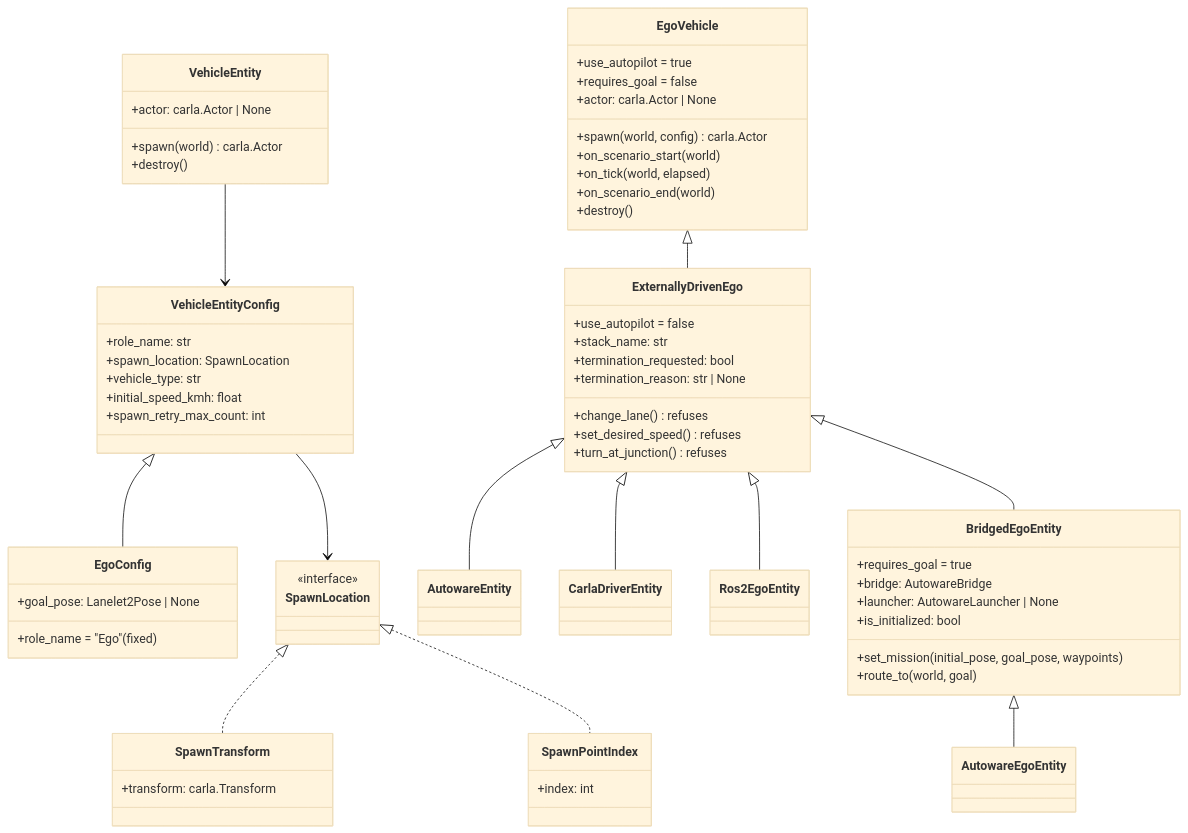
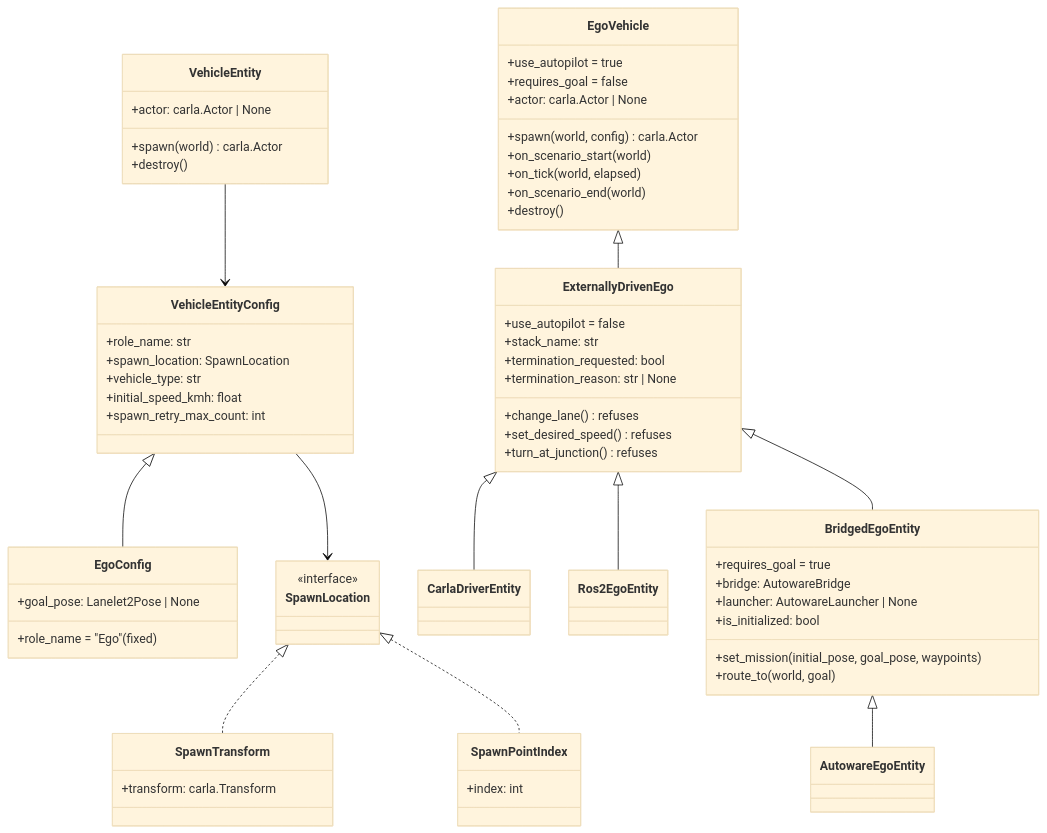
Diagram 12 of 14 in autoware_carla_scenario/docs/architecture.md (autowarefoundation/autoware_carla_scenario), drawn with Mermaid (base theme) before and after one commit. The commit also changed other lines of this file and 13 other files, not shown here.

First line of the commit message:
refactor(entity)!: remove AutowareEntity

```diff
--- a/autoware_carla_scenario/docs/architecture.md
+++ b/autoware_carla_scenario/docs/architecture.md
@@ -992,8 +992,6 @@
         +turn_at_junction() refuses
     }
 
-    class AutowareEntity
-
     class CarlaDriverEntity
 
     class Ros2EgoEntity
@@ -1015,7 +1013,6 @@
     VehicleEntityConfig --> SpawnLocation
     VehicleEntity --> VehicleEntityConfig
     EgoVehicle <|-- ExternallyDrivenEgo
-    ExternallyDrivenEgo <|-- AutowareEntity
     ExternallyDrivenEgo <|-- CarlaDriverEntity
     ExternallyDrivenEgo <|-- Ros2EgoEntity
     ExternallyDrivenEgo <|-- BridgedEgoEntity
```
